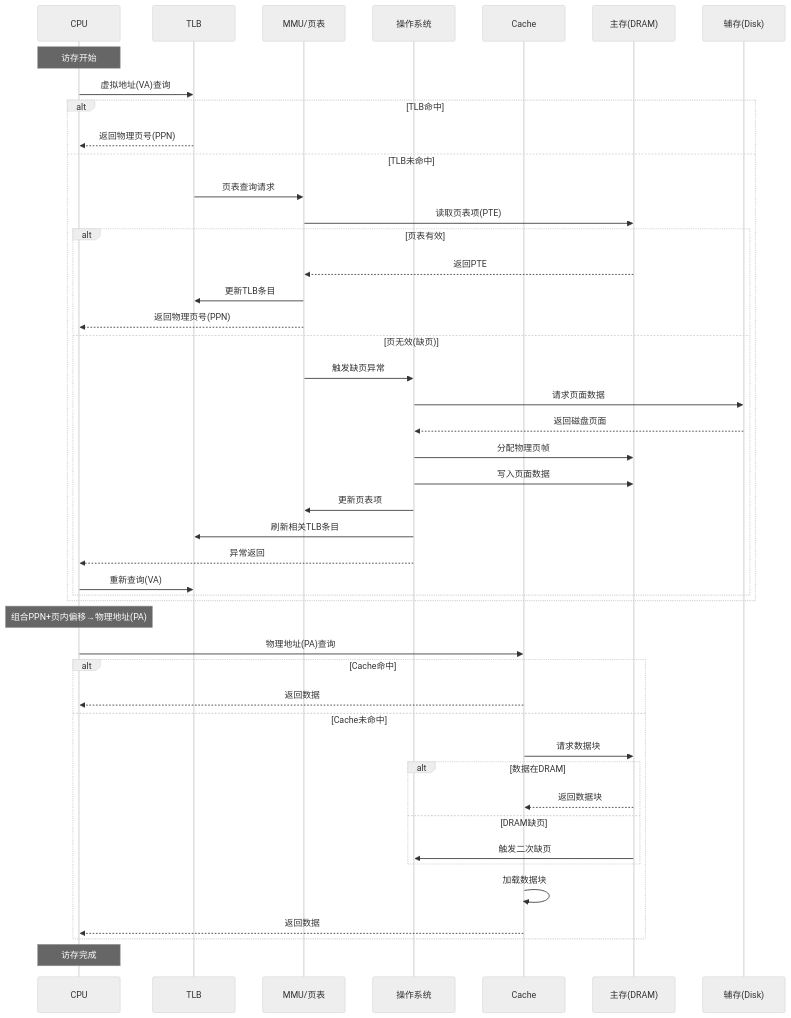
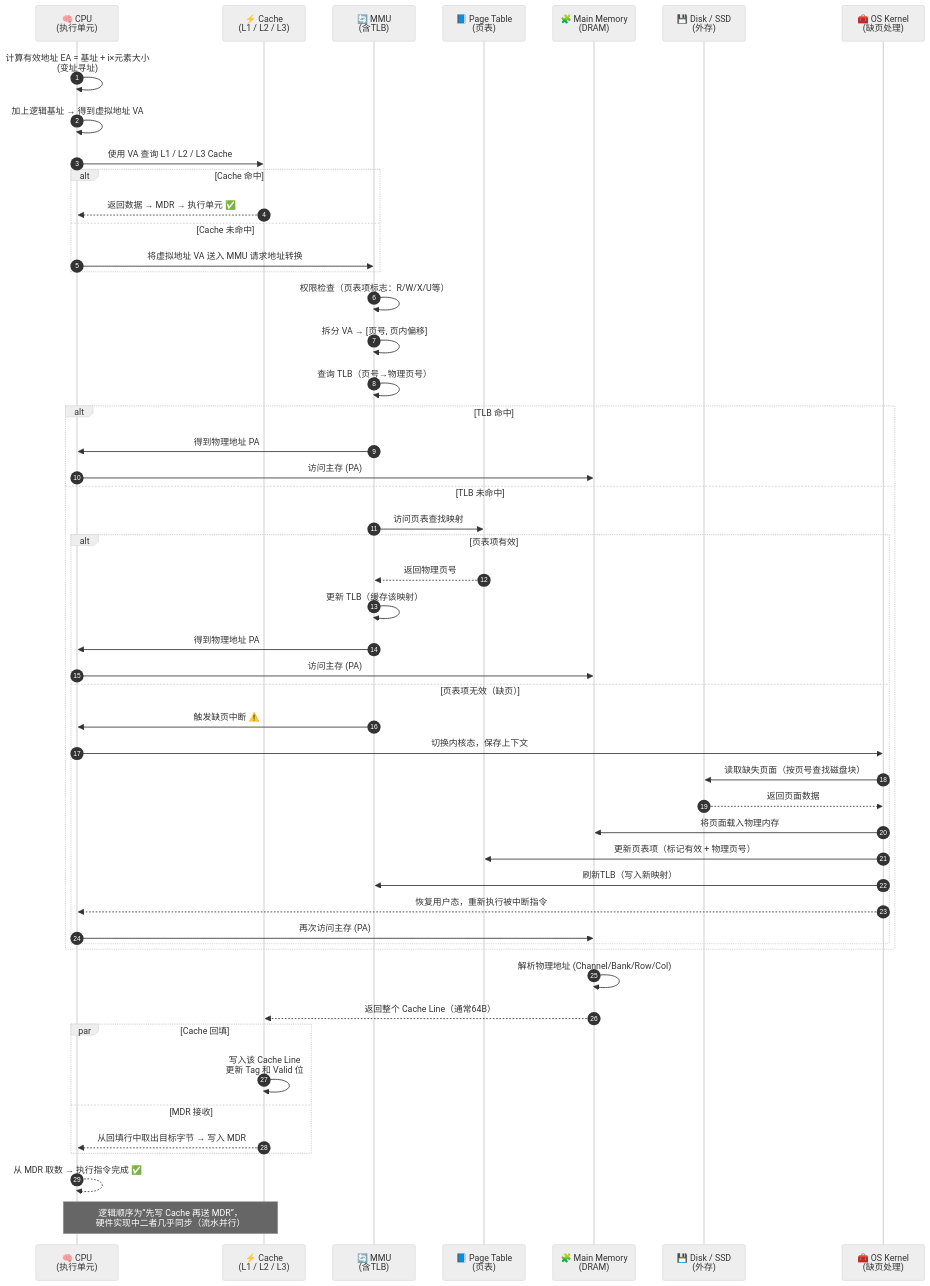
The first of 5 diagrams in main/408/co/Computer Organization.md (iAeternus/MyPGEE), drawn with Mermaid (neutral theme) before and after one commit. The commit also changed other lines of this file and 35 other files, not shown here.

````diff
--- a/main/408/co/Computer Organization.md
+++ b/main/408/co/Computer Organization.md
@@ -599,50 +601,64 @@
 ```mermaid
 sequenceDiagram
-    participant CPU as CPU
-    participant TLB as TLB
-    participant MMU as MMU/页表
-    participant OS as 操作系统
-    participant Cache as Cache
-    participant DRAM as 主存(DRAM)
-    participant Disk as 辅存(Disk)
+    autonumber
+    participant CPU as 🧠 CPU<br/>(执行单元)
+    participant Cache as ⚡ Cache<br/>(L1 / L2 / L3)
+    participant MMU as 🔄 MMU<br/>(含TLB)
+    participant PT as 📘 Page Table<br/>(页表)
+    participant MEM as 🧩 Main Memory<br/>(DRAM)
+    participant DISK as 💾 Disk / SSD<br/>(外存)
+    participant OS as 🧰 OS Kernel<br/>(缺页处理)
 
-    Note over CPU: 访存开始
-    CPU->>TLB: 虚拟地址(VA)查询
-    alt TLB命中
-        TLB-->>CPU: 返回物理页号(PPN)
-    else TLB未命中
-        TLB->>MMU: 页表查询请求
-        MMU->>DRAM: 读取页表项(PTE)
-        alt 页表有效
-            DRAM-->>MMU: 返回PTE
-            MMU->>TLB: 更新TLB条目
-            MMU-->>CPU: 返回物理页号(PPN)
-        else 页无效(缺页)
-            MMU->>OS: 触发缺页异常
-            OS->>Disk: 请求页面数据
-            Disk-->>OS: 返回磁盘页面
-            OS->>DRAM: 分配物理页帧
-            OS->>DRAM: 写入页面数据
-            OS->>MMU: 更新页表项
-            OS->>TLB: 刷新相关TLB条目
-            OS-->>CPU: 异常返回
-            CPU->>TLB: 重新查询(VA)
+    %% ---------------- CPU 阶段 ----------------
+    CPU->>CPU: 计算有效地址 EA = 基址 + i×元素大小<br/>(变址寻址)
+    CPU->>CPU: 加上逻辑基址 → 得到虚拟地址 VA
+    CPU->>Cache: 使用 VA 查询 L1 / L2 / L3 Cache
+    alt Cache 命中
+        Cache-->>CPU: 返回数据 → MDR → 执行单元 ✅
+    else Cache 未命中
+        CPU->>MMU: 将虚拟地址 VA 送入 MMU 请求地址转换
+    end
+
+    %% ---------------- 地址映射阶段 ----------------
+    MMU->>MMU: 权限检查（页表项标志：R/W/X/U等）
+    MMU->>MMU: 拆分 VA → [页号, 页内偏移]
+    MMU->>MMU: 查询 TLB（页号→物理页号）
+
+    alt TLB 命中
+        MMU->>CPU: 得到物理地址 PA
+        CPU->>MEM: 访问主存 (PA)
+    else TLB 未命中
+        MMU->>PT: 访问页表查找映射
+        alt 页表项有效
+            PT-->>MMU: 返回物理页号
+            MMU->>MMU: 更新 TLB（缓存该映射）
+            MMU->>CPU: 得到物理地址 PA
+            CPU->>MEM: 访问主存 (PA)
+        else 页表项无效（缺页）
+            MMU->>CPU: 触发缺页中断 ⚠️
+            CPU->>OS: 切换内核态，保存上下文
+            OS->>DISK: 读取缺失页面（按页号查找磁盘块）
+            DISK-->>OS: 返回页面数据
+            OS->>MEM: 将页面载入物理内存
+            OS->>PT: 更新页表项（标记有效 + 物理页号）
+            OS->>MMU: 刷新TLB（写入新映射）
+            OS-->>CPU: 恢复用户态，重新执行被中断指令
+            CPU->>MEM: 再次访问主存 (PA)
         end
     end
 
-    Note over CPU: 组合PPN+页内偏移→物理地址(PA)
-    CPU->>Cache: 物理地址(PA)查询
-    alt Cache命中
-        Cache-->>CPU: 返回数据
-    else Cache未命中
-        Cache->>DRAM: 请求数据块
-        alt 数据在DRAM
-            DRAM-->>Cache: 返回数据块
-        else DRAM缺页
-            DRAM->>OS: 触发二次缺页
-        end
-        Cache->>Cache: 加载数据块
-        Cache-->>CPU: 返回数据
+    %% ---------------- 主存访问阶段 ----------------
+    MEM->>MEM: 解析物理地址 (Channel/Bank/Row/Col)
+    MEM-->>Cache: 返回整个 Cache Line（通常64B）
+    par Cache 回填
+        Cache->>Cache: 写入该 Cache Line<br/>更新 Tag 和 Valid 位
+    and MDR 接收
+        Cache-->>CPU: 从回填行中取出目标字节 → 写入 MDR
     end
-    Note over CPU: 访存完成
+
+    %% ---------------- 返回阶段 ----------------
+    CPU-->>CPU: 从 MDR 取数 → 执行指令完成 ✅
+    note over CPU,Cache: 逻辑顺序为“先写 Cache 再送 MDR”，<br/>硬件实现中二者几乎同步（流水并行）
+
+
 ```
````
